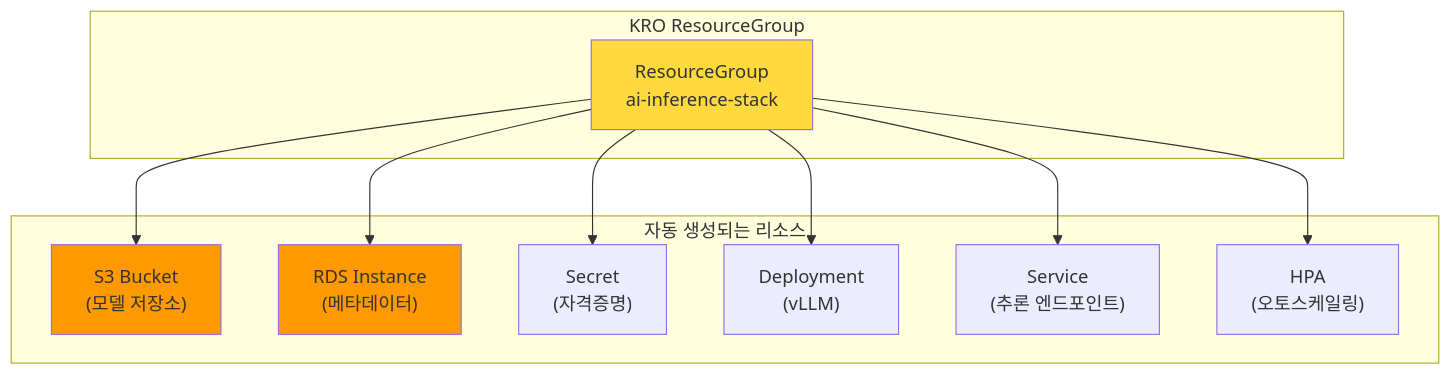
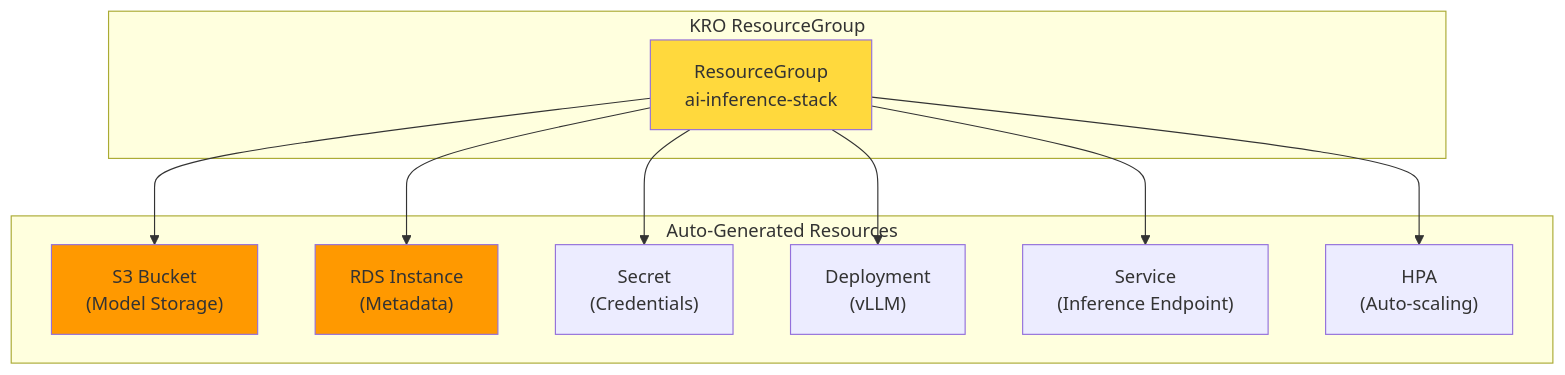
The eighth of 11 diagrams in i18n/en/docusaurus-plugin-content-docs/current/agentic-ai-platform/design-architecture/agentic-ai-solutions-eks.md (devfloor9/engineering-playbook), drawn with Mermaid before and after one commit. The commit also changed other lines of this file and 16 other files, not shown here.

````diff
--- a/i18n/en/docusaurus-plugin-content-docs/current/agentic-ai-platform/design-architecture/agentic-ai-solutions-eks.md
+++ b/i18n/en/docusaurus-plugin-content-docs/current/agentic-ai-platform/design-architecture/agentic-ai-solutions-eks.md
@@ -567,21 +567,21 @@
 ```mermaid
 graph TB
     subgraph "KRO ResourceGroup"
         RG["ResourceGroup<br/>ai-inference-stack"]
     end
 
-    subgraph "자동 생성되는 리소스"
-        S3B["S3 Bucket<br/>(모델 저장소)"]
-        RDS["RDS Instance<br/>(메타데이터)"]
-        SEC["Secret<br/>(자격증명)"]
+    subgraph "Auto-Generated Resources"
+        S3B["S3 Bucket<br/>(Model Storage)"]
+        RDS["RDS Instance<br/>(Metadata)"]
+        SEC["Secret<br/>(Credentials)"]
         DEP["Deployment<br/>(vLLM)"]
-        SVC["Service<br/>(추론 엔드포인트)"]
-        HPA["HPA<br/>(오토스케일링)"]
+        SVC["Service<br/>(Inference Endpoint)"]
+        HPA["HPA<br/>(Auto-scaling)"]
     end
 
     RG --> S3B & RDS & SEC & DEP & SVC & HPA
 
     style RG fill:#ffd93d
     style S3B fill:#ff9900
     style RDS fill:#ff9900
 ```
````
